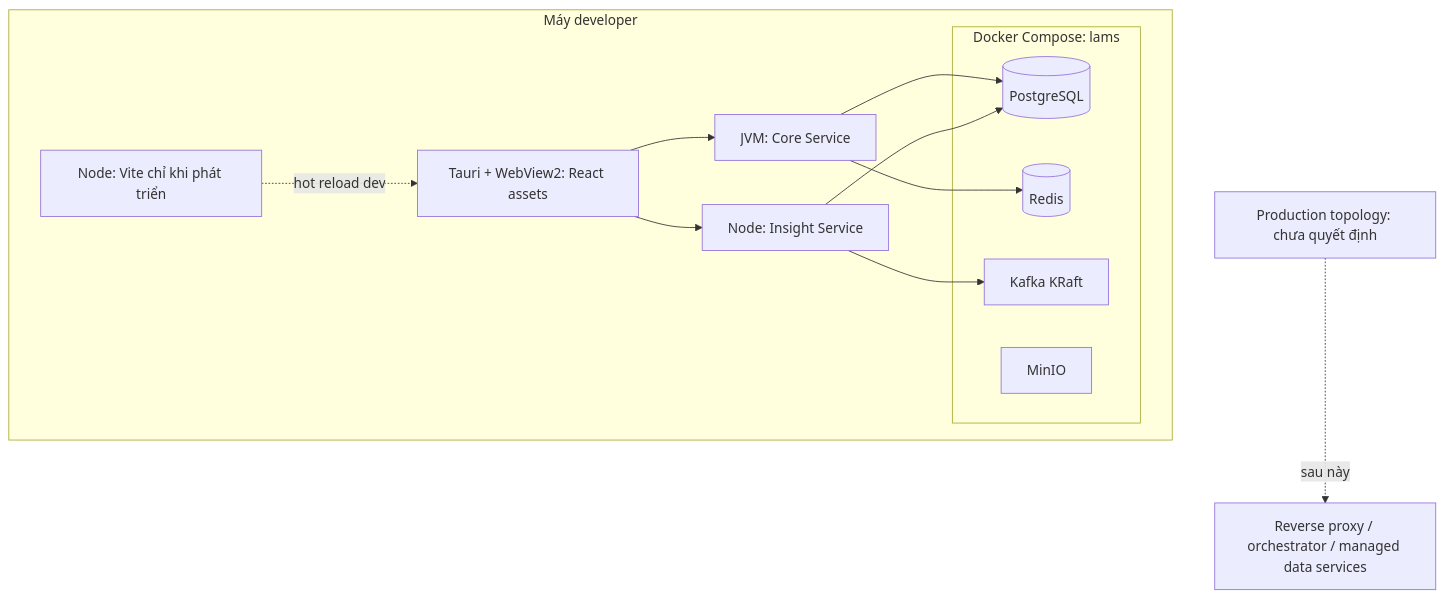
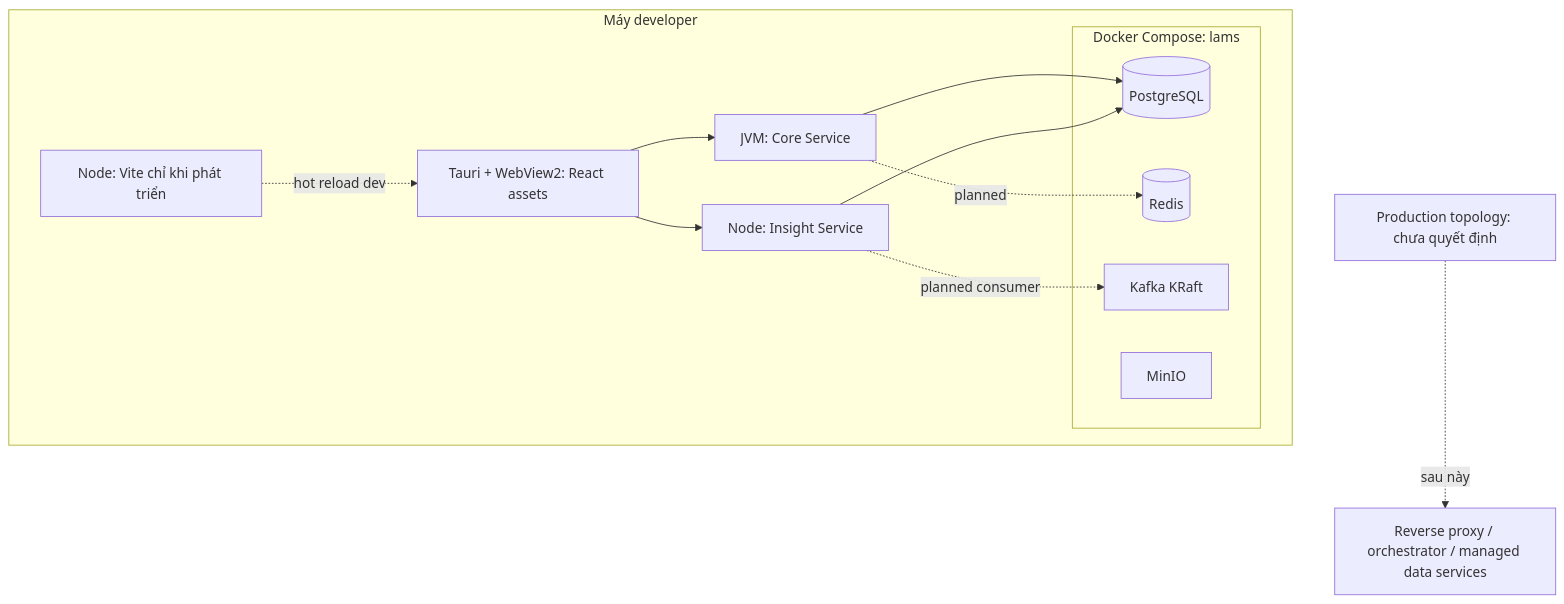
The diagram in tai-lieu/02-kien-truc/deployment-diagram.md (Shuuma4869/He-thong-quan-ly-va-khai-thac-thu-vien), drawn with Mermaid before and after one commit. The commit also changed 17 other files, not shown here.

````diff
--- a/tai-lieu/02-kien-truc/deployment-diagram.md
+++ b/tai-lieu/02-kien-truc/deployment-diagram.md
@@ -7,23 +7,23 @@
 ```mermaid
 flowchart TB
   subgraph Laptop[Máy developer]
     FE[Tauri + WebView2: React assets]
     Vite[Node: Vite chỉ khi phát triển]
     Core[JVM: Core Service]
     Insight[Node: Insight Service]
     subgraph Docker[Docker Compose: lams]
       PG[(PostgreSQL)]
       Redis[(Redis)]
       Kafka[Kafka KRaft]
       MinIO[MinIO]
     end
     Vite -.hot reload dev.-> FE
     FE --> Core
     FE --> Insight
     Core --> PG
     Insight --> PG
-    Core --> Redis
-    Insight --> Kafka
+    Core -.planned.-> Redis
+    Insight -.planned consumer.-> Kafka
   end
   Prod[Production topology: chưa quyết định] -.sau này.-> LB[Reverse proxy / orchestrator / managed data services]
 ```
````
